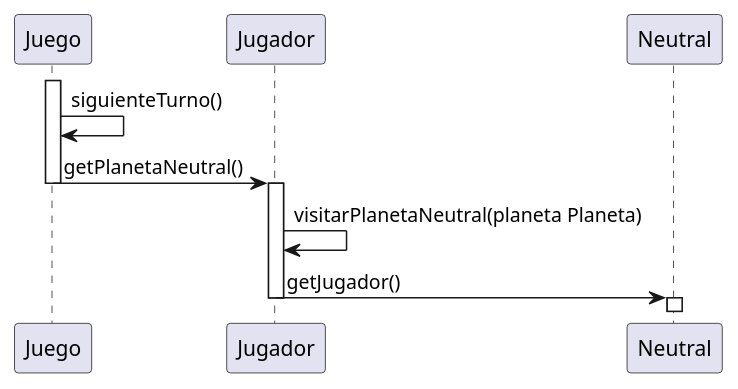
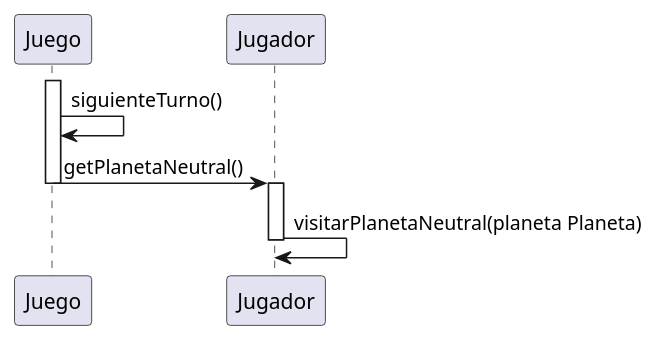
Before and after one commit to ianlio-git/LostGalaxy: the diagram in src/TPO_classDiagram/TPO_SequenceDiagramVisitNeutralPlanet.puml, drawn with PlantUML. The commit also changed 2 other files, not shown here.

Commit message:
diagramas de secuencia terminados

```diff
--- a/src/TPO_classDiagram/TPO_SequenceDiagramVisitNeutralPlanet.puml
+++ b/src/TPO_classDiagram/TPO_SequenceDiagramVisitNeutralPlanet.puml
@@ -1,17 +1,14 @@
 @startuml
 participant Juego
 participant Jugador
-participant Neutral
 
 
 activate Juego
 deactivate Juego
 Juego -> Juego: siguienteTurno()
 Juego -> Jugador: getPlanetaNeutral()
 deactivate Juego
 activate Jugador
 Jugador -> Jugador: visitarPlanetaNeutral(planeta Planeta)
-Jugador -> Neutral: getJugador()
 deactivate Jugador
-activate Neutral
 @enduml
```
